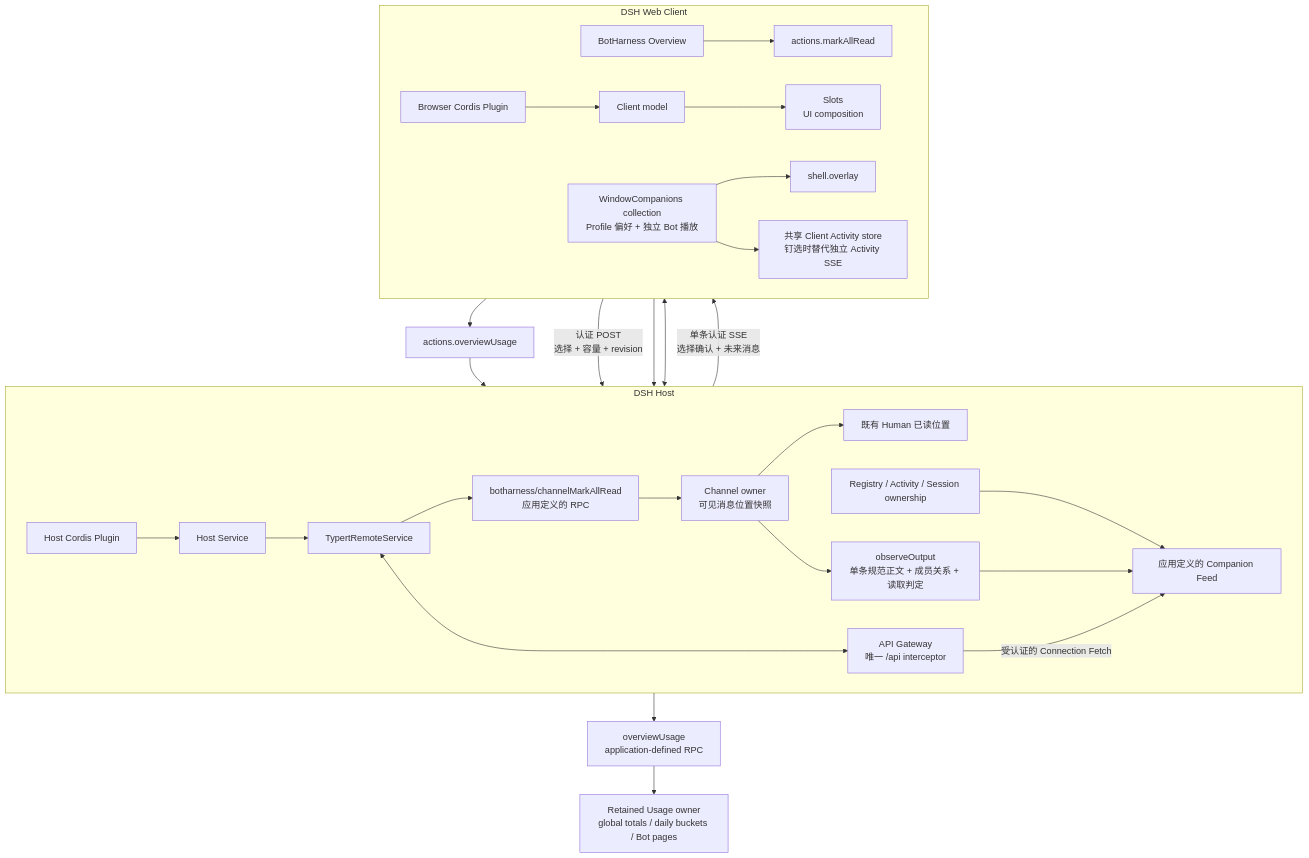
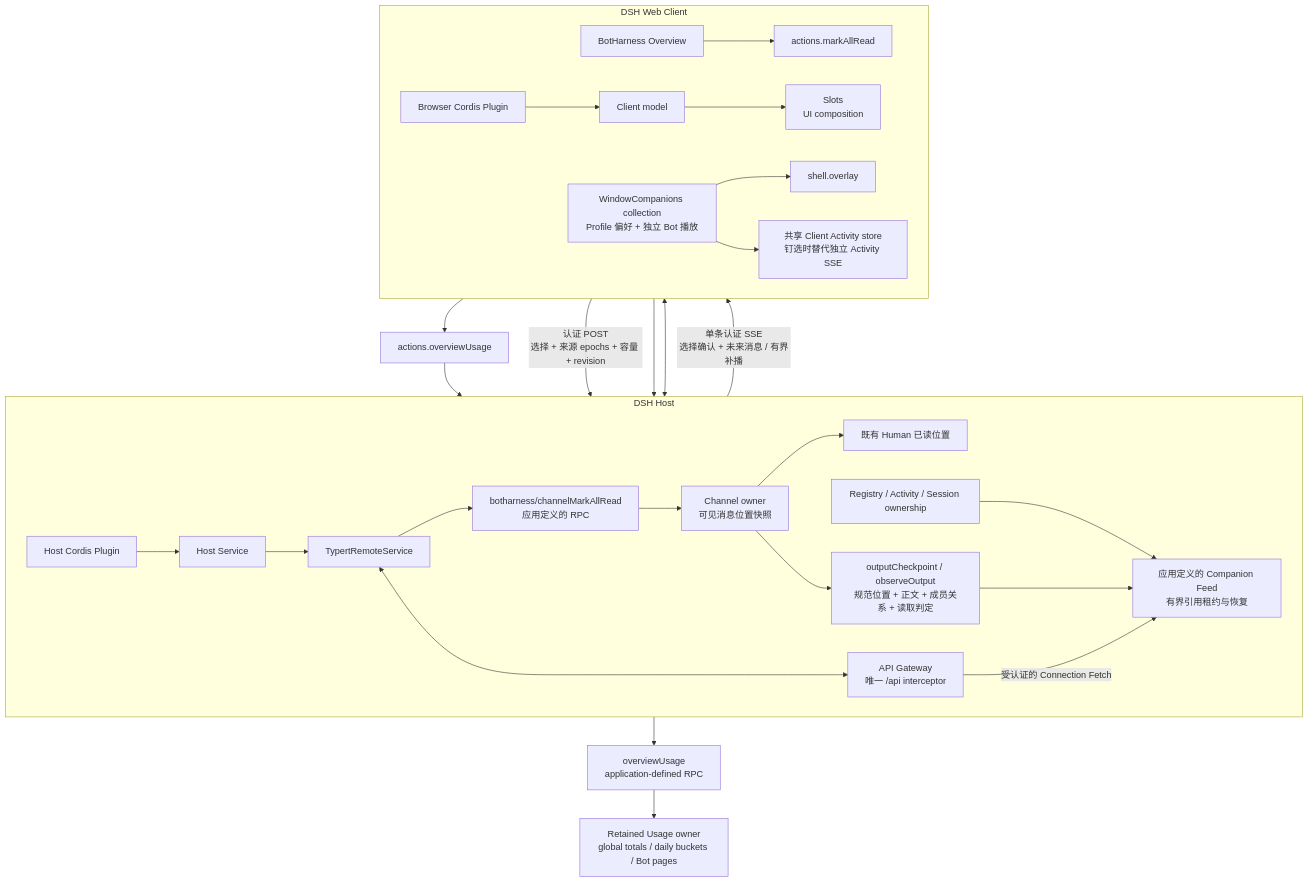
The diagram in docs/architecture/diagrams/09-dsh-host-client.mmd (BotHarness/BotHarness), drawn with Mermaid before and after one commit. The commit also changed 21 other files, not shown here.

```diff
--- a/docs/architecture/diagrams/09-dsh-host-client.mmd
+++ b/docs/architecture/diagrams/09-dsh-host-client.mmd
@@ -1,30 +1,30 @@
 flowchart TB
   subgraph Host["DSH Host"]
     direction LR
     HostPlugin["Host Cordis Plugin"] --> Service["Host Service"]
     Service --> Remote["TypertRemoteService"]
     ReadRPC["botharness/channelMarkAllRead<br/>应用定义的 RPC"] --> Channels["Channel owner<br/>可见消息位置快照"]
     Channels --> ReadPositions["既有 Human 已读位置"]
     Remote <--> Gateway["API Gateway<br/>唯一 /api interceptor"]
-    Registry["Registry / Activity / Session ownership"] --> Feed["应用定义的 Companion Feed"]
-    Channels --> Observation["observeOutput<br/>单条规范正文 + 成员关系 + 读取判定"]
+    Registry["Registry / Activity / Session ownership"] --> Feed["应用定义的 Companion Feed<br/>有界引用租约与恢复"]
+    Channels --> Observation["outputCheckpoint / observeOutput<br/>规范位置 + 正文 + 成员关系 + 读取判定"]
     Observation --> Feed
   end
   subgraph Browser["DSH Web Client"]
     direction LR
     ClientPlugin["Browser Cordis Plugin"] --> Model["Client model"]
     Overview["BotHarness Overview"] --> ReadAction["actions.markAllRead"]
     Model --> Slots["Slots<br/>UI composition"]
     Companion["WindowCompanions collection<br/>Profile 偏好 + 独立 Bot 播放"] --> Overlay["shell.overlay"]
     Companion --> Activity["共享 Client Activity store<br/>钉选时替代独立 Activity SSE"]
   end
   Gateway <--> Model
   Gateway -->|"受认证的 Connection Fetch"| Feed
-  Feed -->|"单条认证 SSE<br/>选择确认 + 未来消息"| Companion
-  Companion -->|"认证 POST<br/>选择 + 容量 + revision"| Feed
+  Feed -->|"单条认证 SSE<br/>选择确认 + 未来消息 / 有界补播"| Companion
+  Companion -->|"认证 POST<br/>选择 + 来源 epochs + 容量 + revision"| Feed
   ReadAction --> Gateway
   Remote --> ReadRPC
   Overview --> UsageAction["actions.overviewUsage"]
   UsageAction --> Gateway
   Remote --> UsageRPC["overviewUsage<br/>application-defined RPC"]
   UsageRPC --> UsageOwner["Retained Usage owner<br/>global totals / daily buckets / Bot pages"]
```
